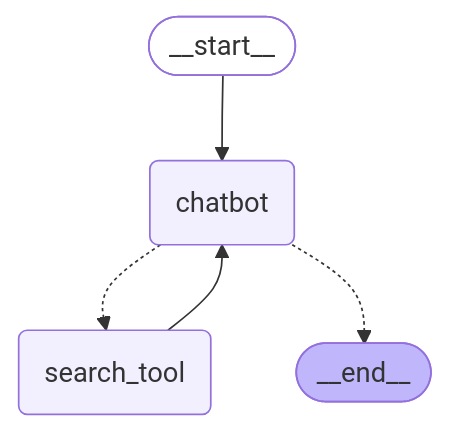
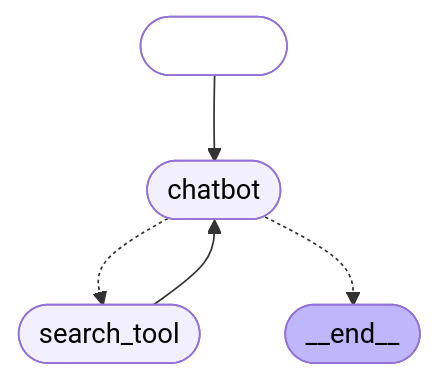
The diagram in README.md (vineeth-1/Agentic-Chatbot), drawn with Mermaid before and after one commit.

Commit message:
Font colour changed in mermaid diagram

````diff
--- a/README.md
+++ b/README.md
@@ -7,14 +7,14 @@
 ```mermaid
 graph TD;
-    __start__([<p>__start__</p>]):::first
-    chatbot(chatbot)
-    search_tool(search_tool)
-    __end__([<p>__end__</p>]):::last
+    __start__([<p style="color:white;">__start__</p>]):::first
+    chatbot([<p style="color:black;">chatbot</p>])
+        search_tool([<p style="color:black;">search_tool</p>])
+    __end__([<p style="color:black;">__end__</p>]):::last
     __start__ --> chatbot;
     search_tool --> chatbot;
     chatbot -.-> search_tool;
     chatbot -.-> __end__;
     classDef default fill:#f2f0ff,line-height:1.2
     classDef first fill-opacity:0
     classDef last fill:#bfb6fc
 ```
````
